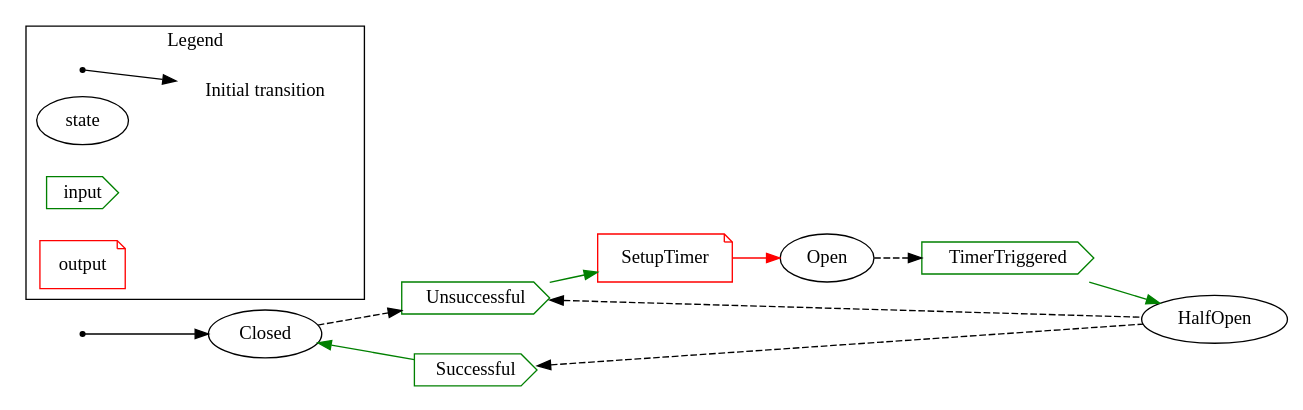
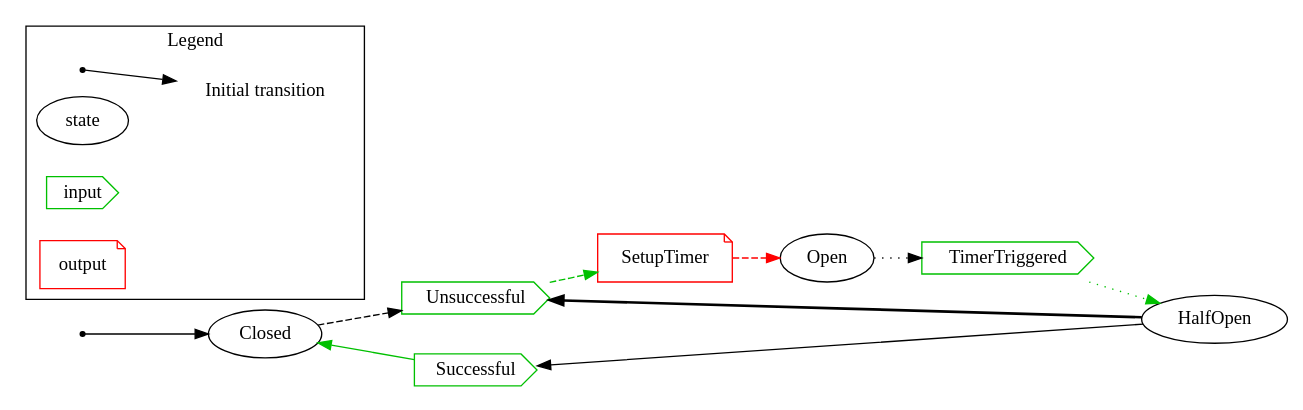
The diagram in CircuitBreaker.dot (xkr47/rust-fsm-graph), drawn with Graphviz before and after one commit. The commit also changed 2 other files, not shown here.

```diff
--- a/CircuitBreaker.dot
+++ b/CircuitBreaker.dot
@@ -1,31 +1,31 @@
 digraph "graph" {
   rankdir="LR";
   newrank=true;
   SM_init [label="", shape=point];
   SM_init -> "Closed";
 
   subgraph "cluster_legend" {
     label="Legend";
     __init [ shape=point ];
     __init -> __init2;
     __init2 [ shape=none label="Initial transition" ];
     __state [ label="state" ];
-    __input [ label="input" color="#008000" shape=cds ];
+    __input [ label="input" color="#00c000" shape=cds ];
     __output [ label="output" color=red shape=note ];
   }
 
   "Closed" -> "SetupTimer_Open_Unsuccessful_iv" [ style=dashed ];
-  "SetupTimer_Open_Unsuccessful_iv" [label="Unsuccessful" color="#008000" shape=cds ];
-  "SetupTimer_Open_Unsuccessful_iv" -> "SetupTimer_Open" [ color="#008000" ];
+  "SetupTimer_Open_Unsuccessful_iv" [label="Unsuccessful" color="#00c000" shape=cds ];
+  "SetupTimer_Open_Unsuccessful_iv" -> "SetupTimer_Open" [ style=dashed color="#00c000" ];
   "SetupTimer_Open" [label="SetupTimer" color=red shape=note ];
-  "SetupTimer_Open" -> "Open" [ color=red ];
-  "Open" -> "Open_HalfOpen_iv" [ style=dashed ];
-  "Open_HalfOpen_iv" [label="TimerTriggered" color="#008000" shape=cds ];
-  "Open_HalfOpen_iv" -> "HalfOpen" [ color="#008000" ];
-  "HalfOpen_Closed_iv" -> "HalfOpen" [ arrowhead=none arrowtail=normal dir=both style=dashed ];
-  "HalfOpen_Closed_iv" [label="Successful" color="#008000" shape=cds ];
-  "Closed" -> "HalfOpen_Closed_iv" [ arrowhead=none arrowtail=normal dir=both color="#008000" ];
-  "SetupTimer_Open_Unsuccessful_iv" -> "HalfOpen" [ arrowhead=none arrowtail=normal dir=both style=dashed ];
-  "SetupTimer_Open_Unsuccessful_iv" [label="Unsuccessful" color="#008000" shape=cds ];
+  "SetupTimer_Open" -> "Open" [ style=dashed color=red ];
+  "Open" -> "HalfOpen_TimerTriggered_iv" [ style=dotted ];
+  "HalfOpen_TimerTriggered_iv" [label="TimerTriggered" color="#00c000" shape=cds ];
+  "HalfOpen_TimerTriggered_iv" -> "HalfOpen" [ style=dotted color="#00c000" ];
+  "Closed_Successful_iv" -> "HalfOpen" [ arrowhead=none arrowtail=normal dir=both style=solid ];
+  "Closed_Successful_iv" [label="Successful" color="#00c000" shape=cds ];
+  "Closed" -> "Closed_Successful_iv" [ arrowhead=none arrowtail=normal dir=both style=solid color="#00c000" ];
+  "SetupTimer_Open_Unsuccessful_iv" -> "HalfOpen" [ arrowhead=none arrowtail=normal dir=both style=bold ];
+  "SetupTimer_Open_Unsuccessful_iv" [label="Unsuccessful" color="#00c000" shape=cds ];
   "SetupTimer_Open" [label="SetupTimer" color=red shape=note ];
 }
```
